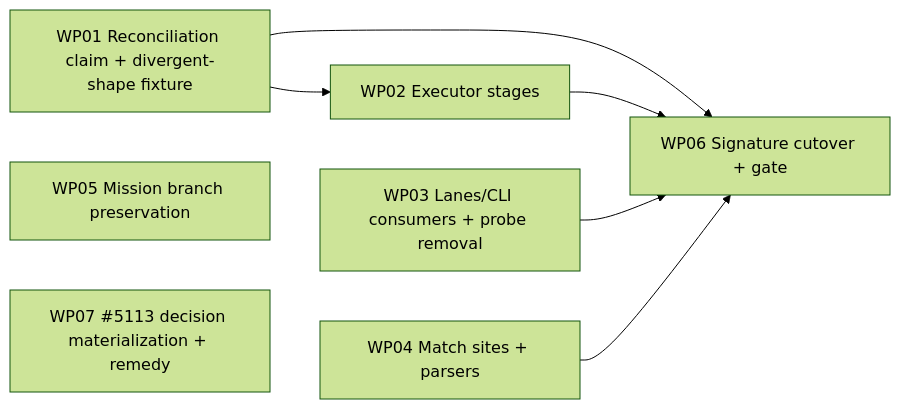
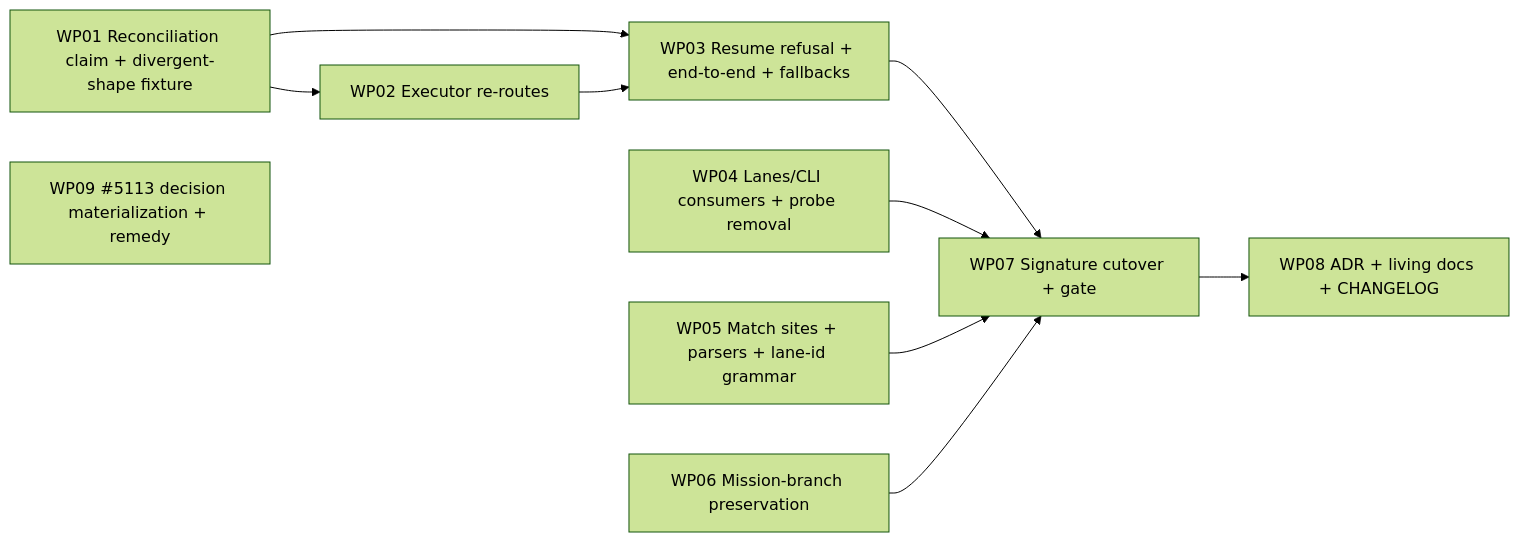
One commit to spec-kitty/spec-kitty changed the diagram in kitty-specs/lane-branch-naming-authority-01M3EVC4/plan.md. Above: the diagram before and after it, drawn with Mermaid (forest theme). The commit also changed other lines of this file and 1 other file, not shown here.

Commit message:
plan: rev 2 — fold post-plan brownfield squad (9 WPs, single gate, ADR/docs WP)

````diff
--- a/kitty-specs/lane-branch-naming-authority-01M3EVC4/plan.md
+++ b/kitty-specs/lane-branch-naming-authority-01M3EVC4/plan.md
@@ -111,10 +118,15 @@
 ```mermaid
 graph LR
-  WP01[WP01 Reconciliation claim + divergent-shape fixture] --> WP02[WP02 Executor stages]
-  WP01 --> WP06[WP06 Signature cutover + gate]
-  WP02 --> WP06
-  WP03[WP03 Lanes/CLI consumers + probe removal] --> WP06
-  WP04[WP04 Match sites + parsers] --> WP06
-  WP05[WP05 Mission branch preservation]
-  WP07[WP07 #5113 decision materialization + remedy]
+  WP01[WP01 Reconciliation claim + divergent-shape fixture] --> WP02[WP02 Executor re-routes]
+  WP01 --> WP03[WP03 Resume refusal + end-to-end + fallbacks]
+  WP02 --> WP03
+  WP04[WP04 Lanes/CLI consumers + probe removal]
+  WP05[WP05 Match sites + parsers + lane-id grammar]
+  WP06[WP06 Mission-branch preservation]
+  WP03 --> WP07[WP07 Signature cutover + gate]
+  WP04 --> WP07
+  WP05 --> WP07
+  WP06 --> WP07
+  WP07 --> WP08[WP08 ADR + living docs + CHANGELOG]
+  WP09[WP09 #5113 decision materialization + remedy]
 ```
````
